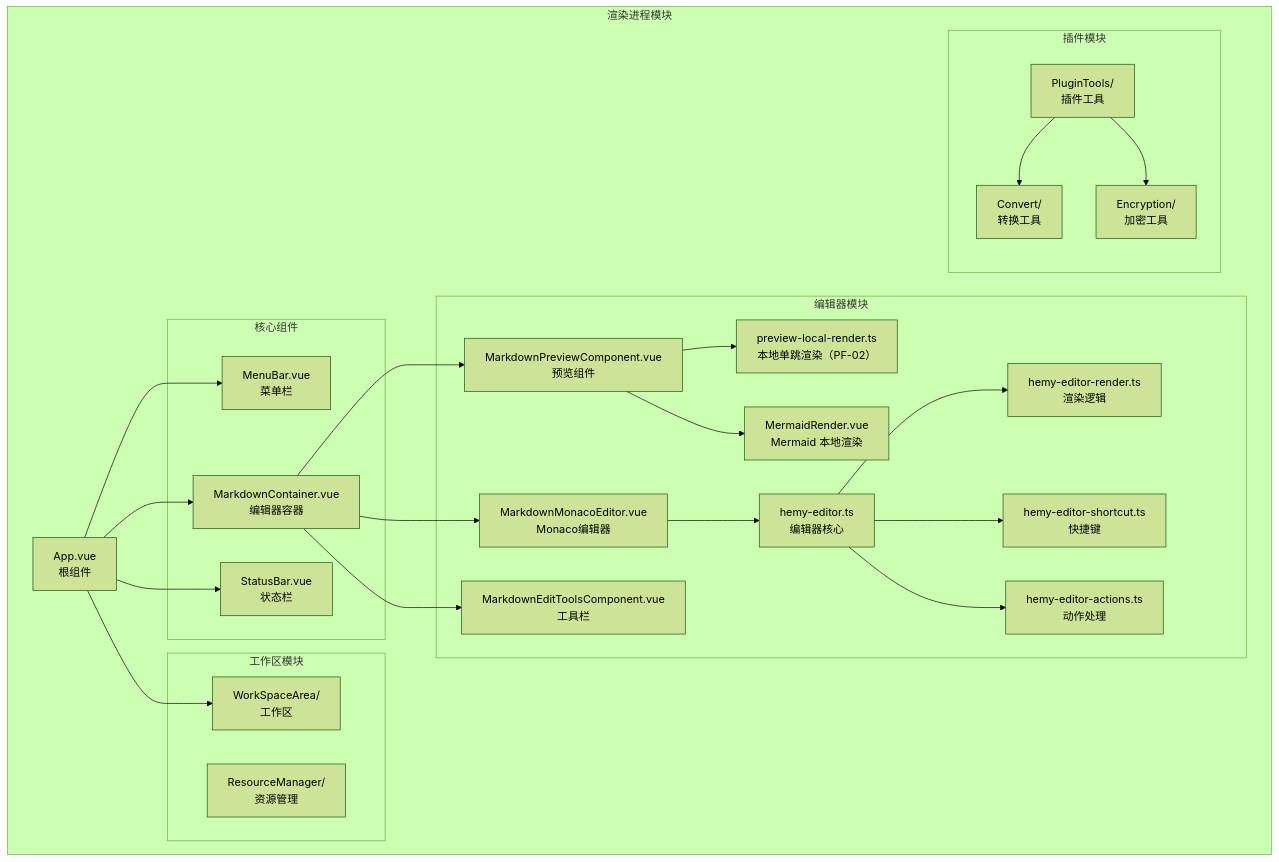
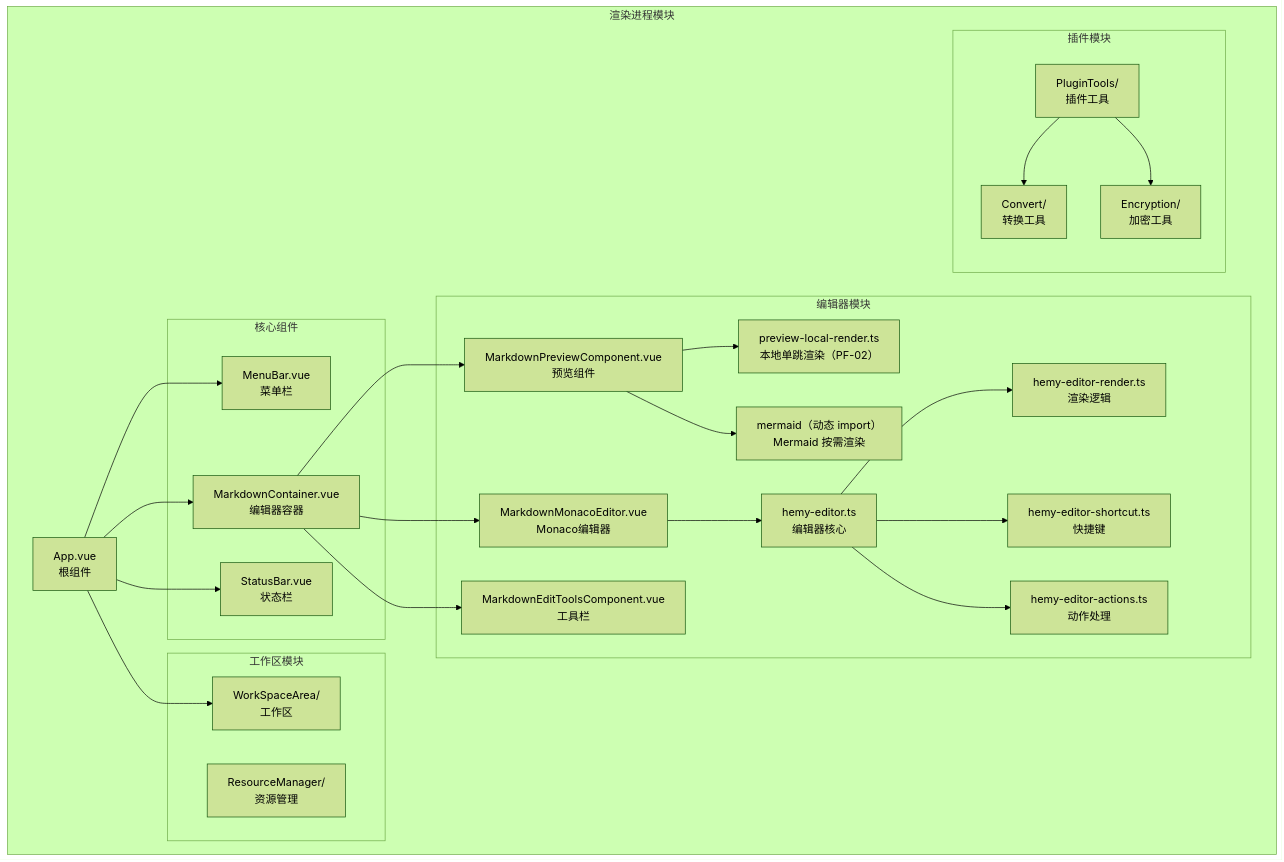
Diagram 30 of 34 in docs/wiki/02-设计与架构/架构文档.md (hemy08/BaiZeNotesByVue), drawn with Mermaid (forest theme) before and after one commit. The commit also changed other lines of this file and 21 other files, not shown here.

````diff
--- a/docs/wiki/02-设计与架构/架构文档.md
+++ b/docs/wiki/02-设计与架构/架构文档.md
@@ -1185,55 +1185,55 @@
 ```mermaid
 graph TB
     subgraph 渲染进程模块
         APP[App.vue<br/>根组件]
         
         subgraph 核心组件
             MENU[MenuBar.vue<br/>菜单栏]
             EDITOR[MarkdownContainer.vue<br/>编辑器容器]
             STATUS[StatusBar.vue<br/>状态栏]
         end
         
         subgraph 编辑器模块
             MONACO[MarkdownMonacoEditor.vue<br/>Monaco编辑器]
             PREVIEW[MarkdownPreviewComponent.vue<br/>预览组件]
             TOOLS[MarkdownEditToolsComponent.vue<br/>工具栏]
             PREVIEW_LOCAL[preview-local-render.ts<br/>本地单跳渲染（PF-02）]
-            MERMAID[MermaidRender.vue<br/>Mermaid 本地渲染]
+            MERMAID[mermaid（动态 import）<br/>Mermaid 按需渲染]
             
             HEMY_EDITOR[hemy-editor.ts<br/>编辑器核心]
             HEMY_RENDER[hemy-editor-render.ts<br/>渲染逻辑]
             HEMY_SHORTCUT[hemy-editor-shortcut.ts<br/>快捷键]
             HEMY_ACTION[hemy-editor-actions.ts<br/>动作处理]
         end
         
         subgraph 工作区模块
             WORKSPACE[WorkSpaceArea/<br/>工作区]
             RESOURCE[ResourceManager/<br/>资源管理]
         end
         
         subgraph 插件模块
             PLUGIN[PluginTools/<br/>插件工具]
             CONVERT[Convert/<br/>转换工具]
             ENCRYPT[Encryption/<br/>加密工具]
         end
     end
     
     APP --> MENU
     APP --> EDITOR
     APP --> STATUS
     APP --> WORKSPACE
     
     EDITOR --> MONACO
     EDITOR --> PREVIEW
     EDITOR --> TOOLS
     
     PREVIEW --> PREVIEW_LOCAL
     PREVIEW --> MERMAID
     MONACO --> HEMY_EDITOR
     HEMY_EDITOR --> HEMY_RENDER
     HEMY_EDITOR --> HEMY_SHORTCUT
     HEMY_EDITOR --> HEMY_ACTION
     
     PLUGIN --> CONVERT
     PLUGIN --> ENCRYPT
 ```
````
